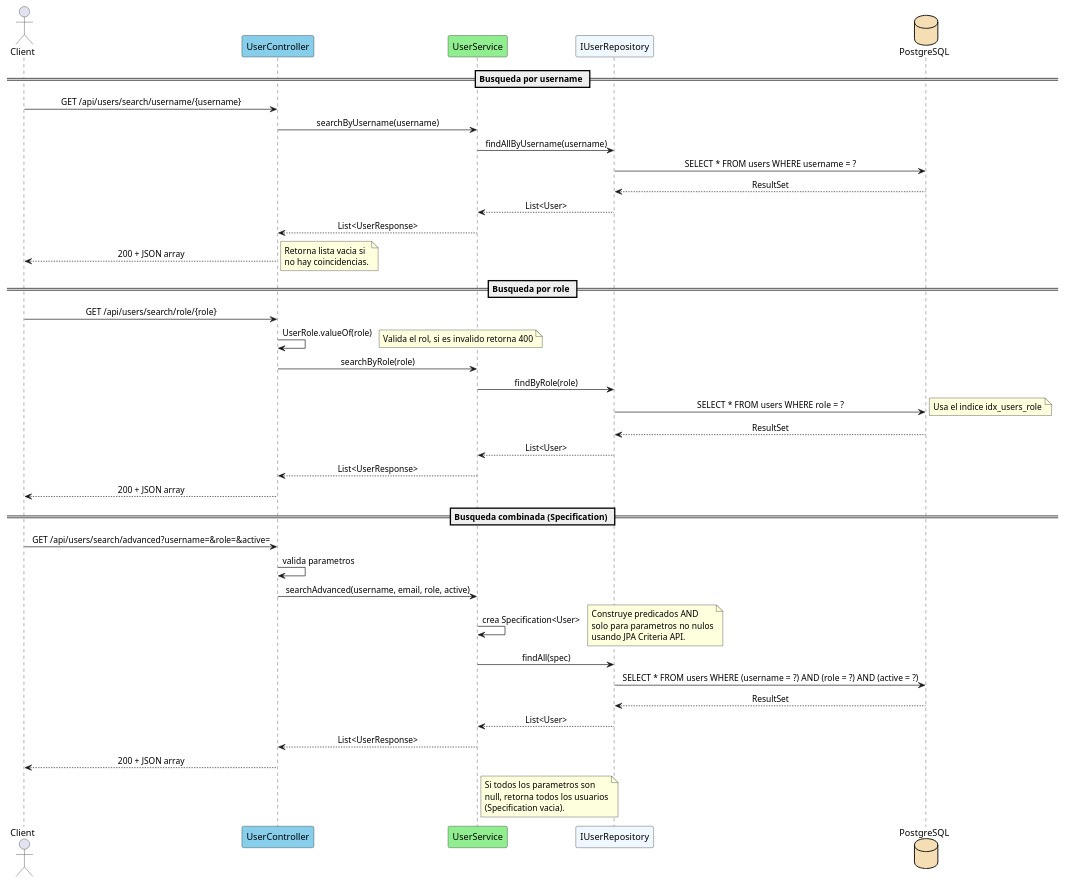
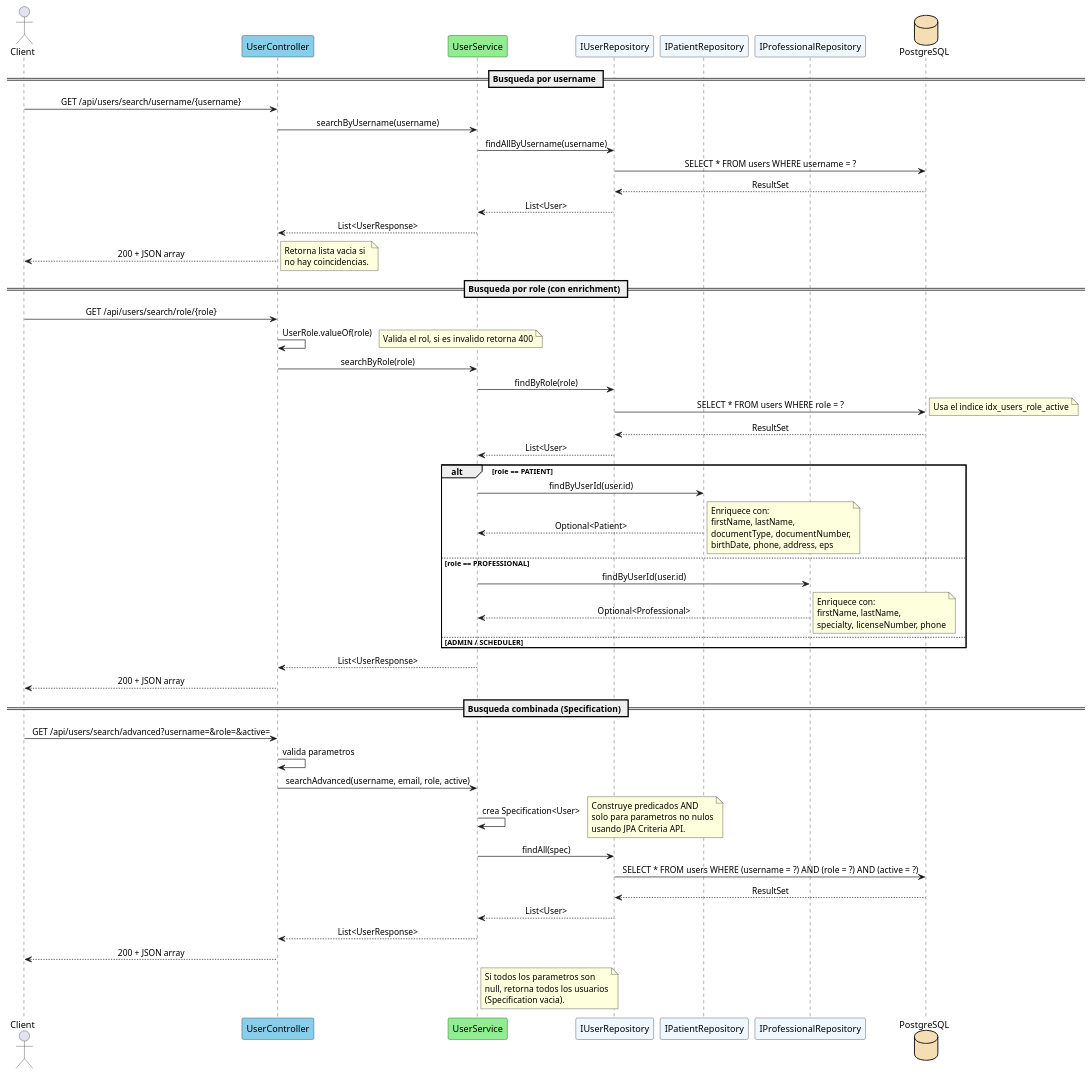
One commit to LeyderCeronM/Proyecto_piedra_azul changed the diagram in services/users-service/docs/modeling/uml/sequences/04-search-users.puml. Above: the diagram before and after it, drawn with PlantUML. The commit also changed 16 other files, not shown here.

First line of the commit message:
feat(users-service): enrich UserResponse with Patient/Professional attributes

```diff
--- a/services/users-service/docs/modeling/uml/sequences/04-search-users.puml
+++ b/services/users-service/docs/modeling/uml/sequences/04-search-users.puml
@@ -1,70 +1,85 @@
 @startuml SequenceSearchUsers
 ' ====================================================================
 ' Diagrama de secuencia - Busqueda combinada de usuarios
 ' Muestra el flujo de busqueda avanzada con JPA Specification.
 ' ====================================================================
 
 skinparam defaultFontName SansSerif
 skinparam sequenceMessageAlign center
 
 actor Client as CLI
 participant "UserController" as CTRL #87CEEB
 participant "UserService" as SVC #90EE90
 participant "IUserRepository" as REPO #F0F8FF
+participant "IPatientRepository" as PAT_REPO #F0F8FF
+participant "IProfessionalRepository" as PROF_REPO #F0F8FF
 database "PostgreSQL" as DB #F5DEB3
 
 == Busqueda por username ==
 
 CLI -> CTRL : GET /api/users/search/username/{username}
 CTRL -> SVC : searchByUsername(username)
 SVC -> REPO : findAllByUsername(username)
 REPO -> DB : SELECT * FROM users WHERE username = ?
 DB --> REPO : ResultSet
 REPO --> SVC : List<User>
 SVC --> CTRL : List<UserResponse>
 CTRL --> CLI : 200 + JSON array
 
 note right
   Retorna lista vacia si
   no hay coincidencias.
 end note
 
-== Busqueda por role ==
+== Busqueda por role (con enrichment) ==
 
 CLI -> CTRL : GET /api/users/search/role/{role}
 CTRL -> CTRL : UserRole.valueOf(role)
 note right: Valida el rol, si es invalido retorna 400
 CTRL -> SVC : searchByRole(role)
 SVC -> REPO : findByRole(role)
 REPO -> DB : SELECT * FROM users WHERE role = ?
-note right: Usa el indice idx_users_role
+note right: Usa el indice idx_users_role_active
 DB --> REPO : ResultSet
 REPO --> SVC : List<User>
+
+alt role == PATIENT
+  SVC -> PAT_REPO : findByUserId(user.id)
+  PAT_REPO --> SVC : Optional<Patient>
+  note right: Enriquece con:\nfirstName, lastName,\ndocumentType, documentNumber,\nbirthDate, phone, address, eps
+else role == PROFESSIONAL
+  SVC -> PROF_REPO : findByUserId(user.id)
+  PROF_REPO --> SVC : Optional<Professional>
+  note right: Enriquece con:\nfirstName, lastName,\nspecialty, licenseNumber, phone
+else ADMIN / SCHEDULER
+  note right: Solo campos base de User
+end
+
 SVC --> CTRL : List<UserResponse>
 CTRL --> CLI : 200 + JSON array
 
 == Busqueda combinada (Specification) ==
 
 CLI -> CTRL : GET /api/users/search/advanced?username=&role=&active=
 CTRL -> CTRL : valida parametros
 CTRL -> SVC : searchAdvanced(username, email, role, active)
 SVC -> SVC : crea Specification<User>
 note right
   Construye predicados AND
   solo para parametros no nulos
   usando JPA Criteria API.
 end note
 SVC -> REPO : findAll(spec)
 REPO -> DB : SELECT * FROM users WHERE (username = ?) AND (role = ?) AND (active = ?)
 DB --> REPO : ResultSet
 REPO --> SVC : List<User>
 SVC --> CTRL : List<UserResponse>
 CTRL --> CLI : 200 + JSON array
 
 note right of SVC
   Si todos los parametros son
   null, retorna todos los usuarios
   (Specification vacia).
 end note
 
 @enduml
```
